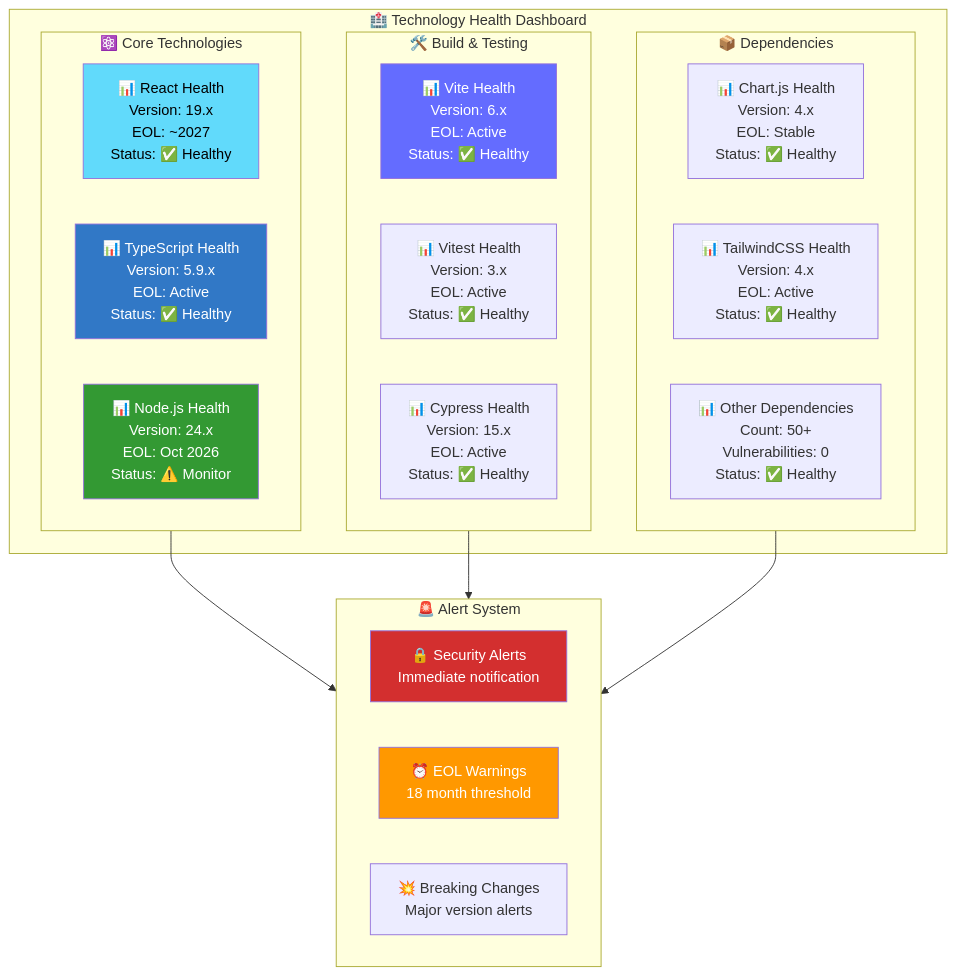
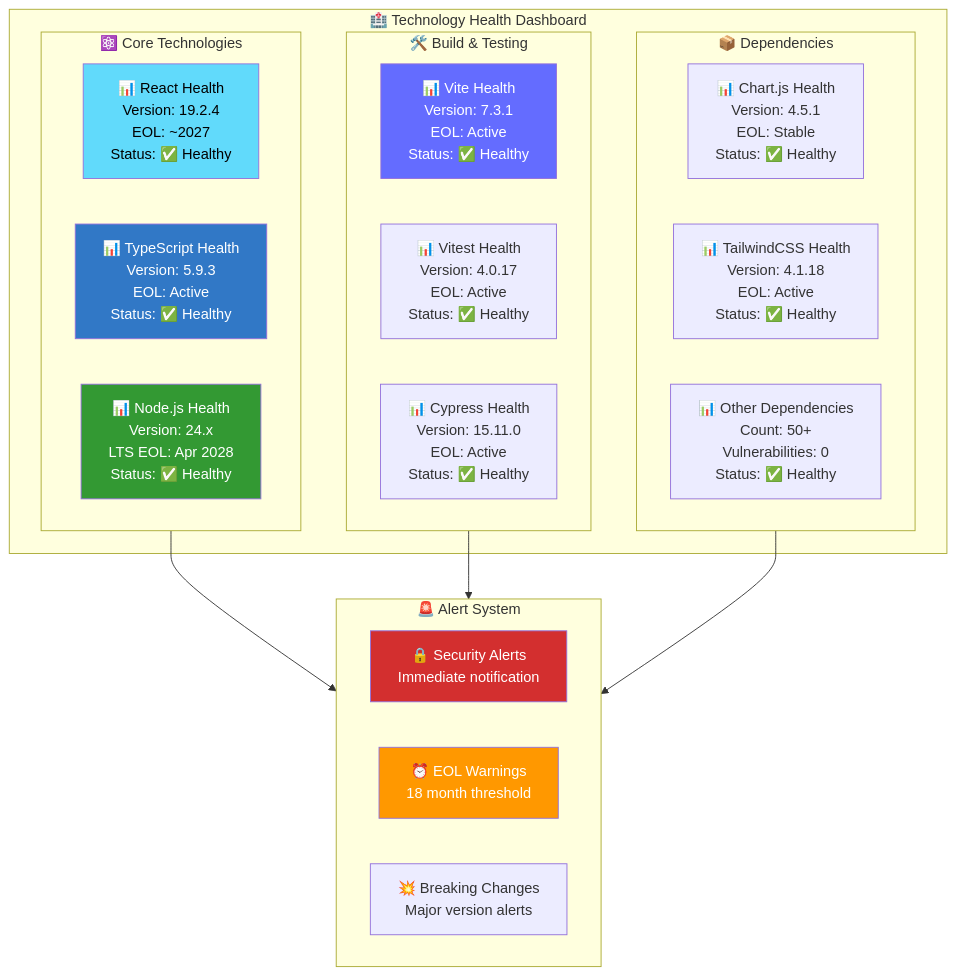
Before and after one commit to Hack23/cia-compliance-manager: the ninth of 9 diagrams in docs/End-of-Life-Strategy.md, drawn with Mermaid. The commit also changed other lines of this file and 4 other files, not shown here.

````diff
--- a/docs/End-of-Life-Strategy.md
+++ b/docs/End-of-Life-Strategy.md
@@ -526,39 +694,39 @@
 ```mermaid
 graph TB
     subgraph HEALTH["🏥 Technology Health Dashboard"]
         subgraph CORE["⚛️ Core Technologies"]
-            REACT[📊 React Health<br/>Version: 19.x<br/>EOL: ~2027<br/>Status: ✅ Healthy]
-            TS[📊 TypeScript Health<br/>Version: 5.9.x<br/>EOL: Active<br/>Status: ✅ Healthy]
-            NODE[📊 Node.js Health<br/>Version: 24.x<br/>EOL: Oct 2026<br/>Status: ⚠️ Monitor]
+            REACT[📊 React Health<br/>Version: 19.2.4<br/>EOL: ~2027<br/>Status: ✅ Healthy]
+            TS[📊 TypeScript Health<br/>Version: 5.9.3<br/>EOL: Active<br/>Status: ✅ Healthy]
+            NODE[📊 Node.js Health<br/>Version: 24.x<br/>LTS EOL: Apr 2028<br/>Status: ✅ Healthy]
         end
         
         subgraph TOOLS["🛠️ Build & Testing"]
-            VITE[📊 Vite Health<br/>Version: 6.x<br/>EOL: Active<br/>Status: ✅ Healthy]
-            VITEST[📊 Vitest Health<br/>Version: 3.x<br/>EOL: Active<br/>Status: ✅ Healthy]
-            CYPRESS[📊 Cypress Health<br/>Version: 15.x<br/>EOL: Active<br/>Status: ✅ Healthy]
+            VITE[📊 Vite Health<br/>Version: 7.3.1<br/>EOL: Active<br/>Status: ✅ Healthy]
+            VITEST[📊 Vitest Health<br/>Version: 4.0.17<br/>EOL: Active<br/>Status: ✅ Healthy]
+            CYPRESS[📊 Cypress Health<br/>Version: 15.11.0<br/>EOL: Active<br/>Status: ✅ Healthy]
         end
         
         subgraph DEPS["📦 Dependencies"]
-            CHART[📊 Chart.js Health<br/>Version: 4.x<br/>EOL: Stable<br/>Status: ✅ Healthy]
-            TAILWIND[📊 TailwindCSS Health<br/>Version: 4.x<br/>EOL: Active<br/>Status: ✅ Healthy]
+            CHART[📊 Chart.js Health<br/>Version: 4.5.1<br/>EOL: Stable<br/>Status: ✅ Healthy]
+            TAILWIND[📊 TailwindCSS Health<br/>Version: 4.1.18<br/>EOL: Active<br/>Status: ✅ Healthy]
             OTHER[📊 Other Dependencies<br/>Count: 50+<br/>Vulnerabilities: 0<br/>Status: ✅ Healthy]
         end
     end
     
     subgraph ALERTS["🚨 Alert System"]
         SECURITY[🔒 Security Alerts<br/>Immediate notification]
         EOL[⏰ EOL Warnings<br/>18 month threshold]
         BREAKING[💥 Breaking Changes<br/>Major version alerts]
     end
     
     CORE --> ALERTS
     TOOLS --> ALERTS
     DEPS --> ALERTS
     
     style REACT fill:#61dafb,color:#000
     style TS fill:#3178c6,color:#fff
     style NODE fill:#339933,color:#fff
     style VITE fill:#646cff,color:#fff
     style SECURITY fill:#d32f2f,color:#fff
     style EOL fill:#ff9800,color:#fff
 ```
````
